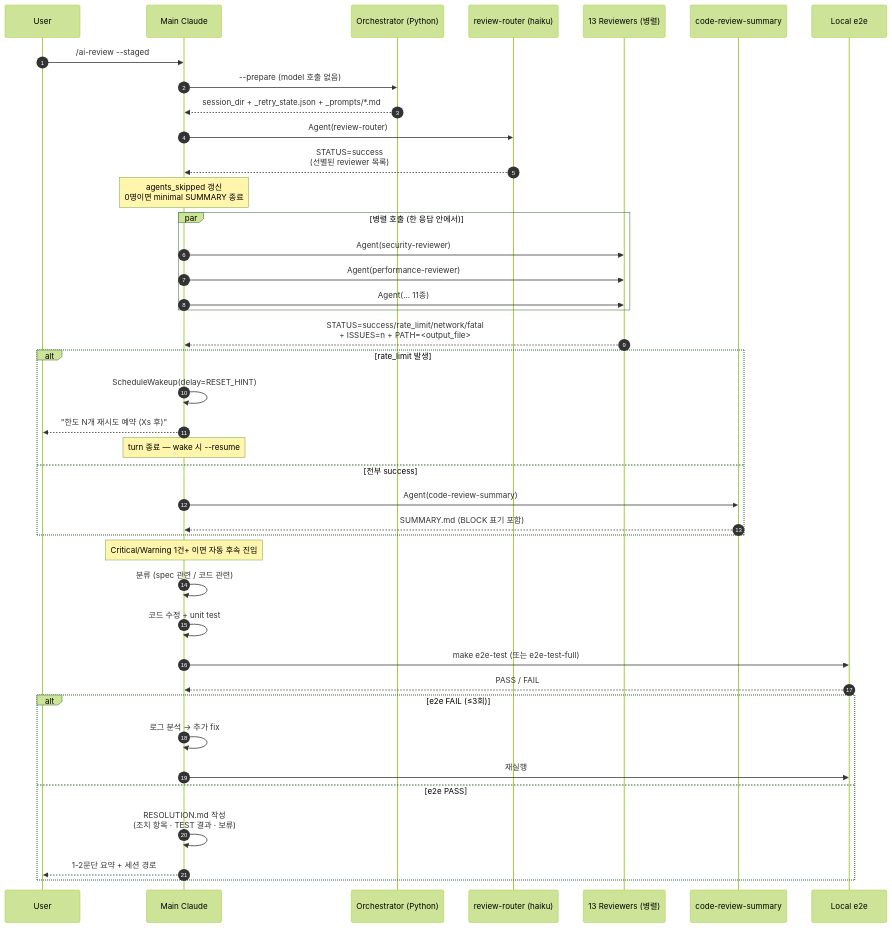
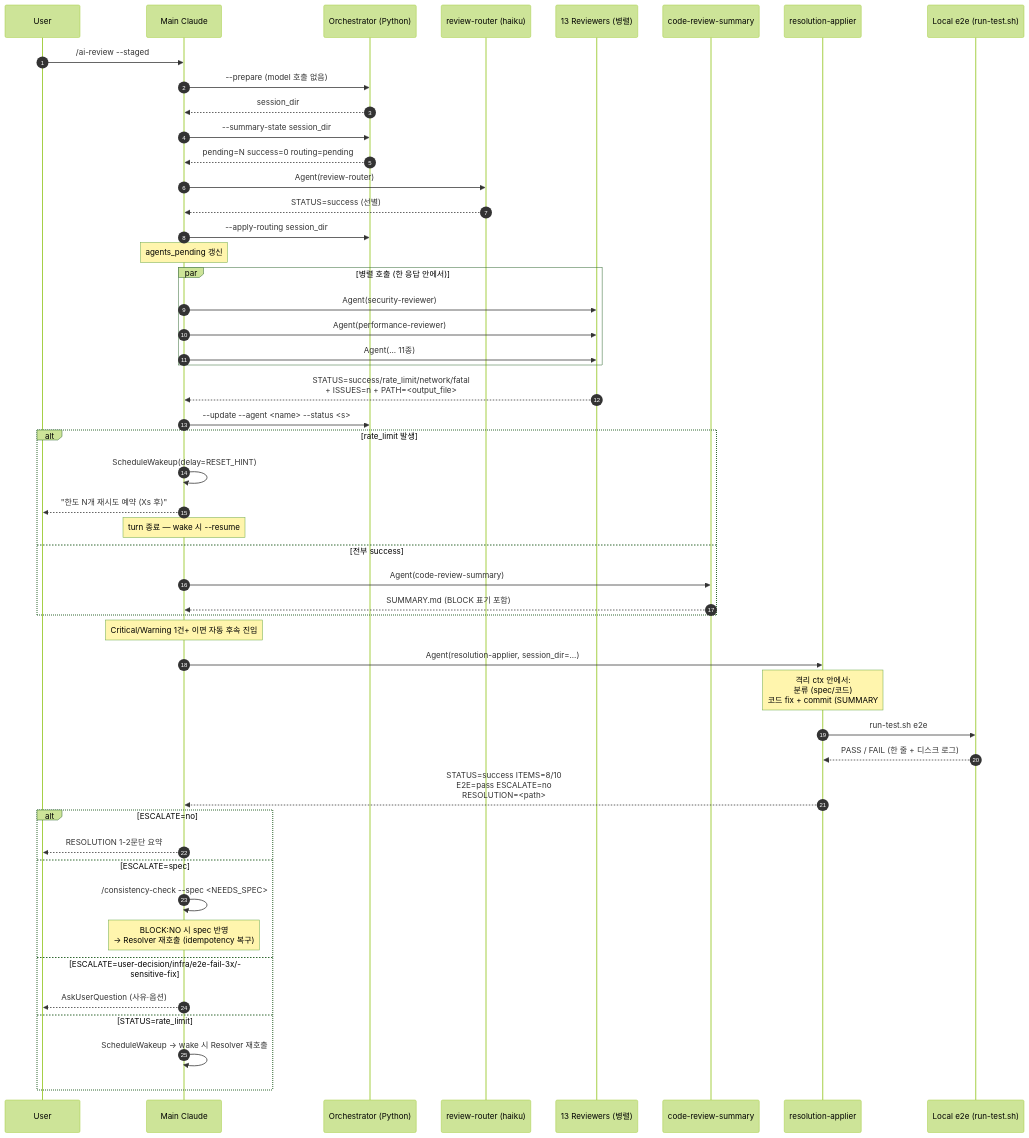
The fourth of 8 diagrams in OVERVIEW.md (worker-ants/claude-code-harness), drawn with Mermaid (forest theme) before and after one commit. The commit also changed other lines of this file and 45 other files, not shown here.

````diff
--- a/OVERVIEW.md
+++ b/OVERVIEW.md
@@ -233,49 +243,58 @@
 ```mermaid
 sequenceDiagram
     autonumber
     participant User
     participant Main as Main Claude
     participant Orch as Orchestrator (Python)
     participant Router as review-router (haiku)
     participant Reviewers as 13 Reviewers (병렬)
     participant Summary as code-review-summary
-    participant Test as Local e2e
+    participant Resolver as resolution-applier
+    participant Test as Local e2e (run-test.sh)
 
     User->>Main: /ai-review --staged
     Main->>Orch: --prepare (model 호출 없음)
-    Orch-->>Main: session_dir + _retry_state.json + _prompts/*.md
+    Orch-->>Main: session_dir
+    Main->>Orch: --summary-state session_dir
+    Orch-->>Main: pending=N success=0 routing=pending
     Main->>Router: Agent(review-router)
-    Router-->>Main: STATUS=success<br/>(선별된 reviewer 목록)
-    Note over Main: agents_skipped 갱신<br/>0명이면 minimal SUMMARY 종료
+    Router-->>Main: STATUS=success (선별)
+    Main->>Orch: --apply-routing session_dir
+    Note over Main: agents_pending 갱신
 
     par 병렬 호출 (한 응답 안에서)
         Main->>Reviewers: Agent(security-reviewer)
         Main->>Reviewers: Agent(performance-reviewer)
         Main->>Reviewers: Agent(... 11종)
     end
 
     Reviewers-->>Main: STATUS=success/rate_limit/network/fatal<br/>+ ISSUES=n + PATH=<output_file>
+    Main->>Orch: --update --agent <name> --status <s>
 
     alt rate_limit 발생
         Main->>Main: ScheduleWakeup(delay=RESET_HINT)
         Main-->>User: "한도 N개 재시도 예약 (Xs 후)"
         Note over Main: turn 종료 — wake 시 --resume
     else 전부 success
         Main->>Summary: Agent(code-review-summary)
         Summary-->>Main: SUMMARY.md (BLOCK 표기 포함)
     end
 
     Note over Main: Critical/Warning 1건+ 이면 자동 후속 진입
-    Main->>Main: 분류 (spec 관련 / 코드 관련)
-    Main->>Main: 코드 수정 + unit test
-    Main->>Test: make e2e-test (또는 e2e-test-full)
-    Test-->>Main: PASS / FAIL
+    Main->>Resolver: Agent(resolution-applier, session_dir=...)
+    Note over Resolver: 격리 ctx 안에서:<br/>분류 (spec/코드)<br/>코드 fix + commit (SUMMARY#n 인용)<br/>spec 항목은 draft 작성<br/>e2e 실행 (run-test.sh wrapper)<br/>RESOLUTION.md 작성<br/>_resolution_state.json 갱신 (idempotency)
+    Resolver->>Test: run-test.sh e2e
+    Test-->>Resolver: PASS / FAIL (한 줄 + 디스크 로그)
+    Resolver-->>Main: STATUS=success ITEMS=8/10<br/>E2E=pass ESCALATE=no<br/>RESOLUTION=<path>
 
-    alt e2e FAIL (≤3회)
-        Main->>Main: 로그 분석 → 추가 fix
-        Main->>Test: 재실행
-    else e2e PASS
-        Main->>Main: RESOLUTION.md 작성<br/>(조치 항목 · TEST 결과 · 보류)
-        Main-->>User: 1-2문단 요약 + 세션 경로
+    alt ESCALATE=no
+        Main-->>User: RESOLUTION 1-2문단 요약
+    else ESCALATE=spec
+        Main->>Main: /consistency-check --spec <NEEDS_SPEC>
+        Note over Main: BLOCK:NO 시 spec 반영<br/>→ Resolver 재호출 (idempotency 복구)
+    else ESCALATE=user-decision/infra/e2e-fail-3x/sensitive-fix
+        Main-->>User: AskUserQuestion (사유·옵션)
+    else STATUS=rate_limit
+        Main->>Main: ScheduleWakeup → wake 시 Resolver 재호출
     end
 ```
````
